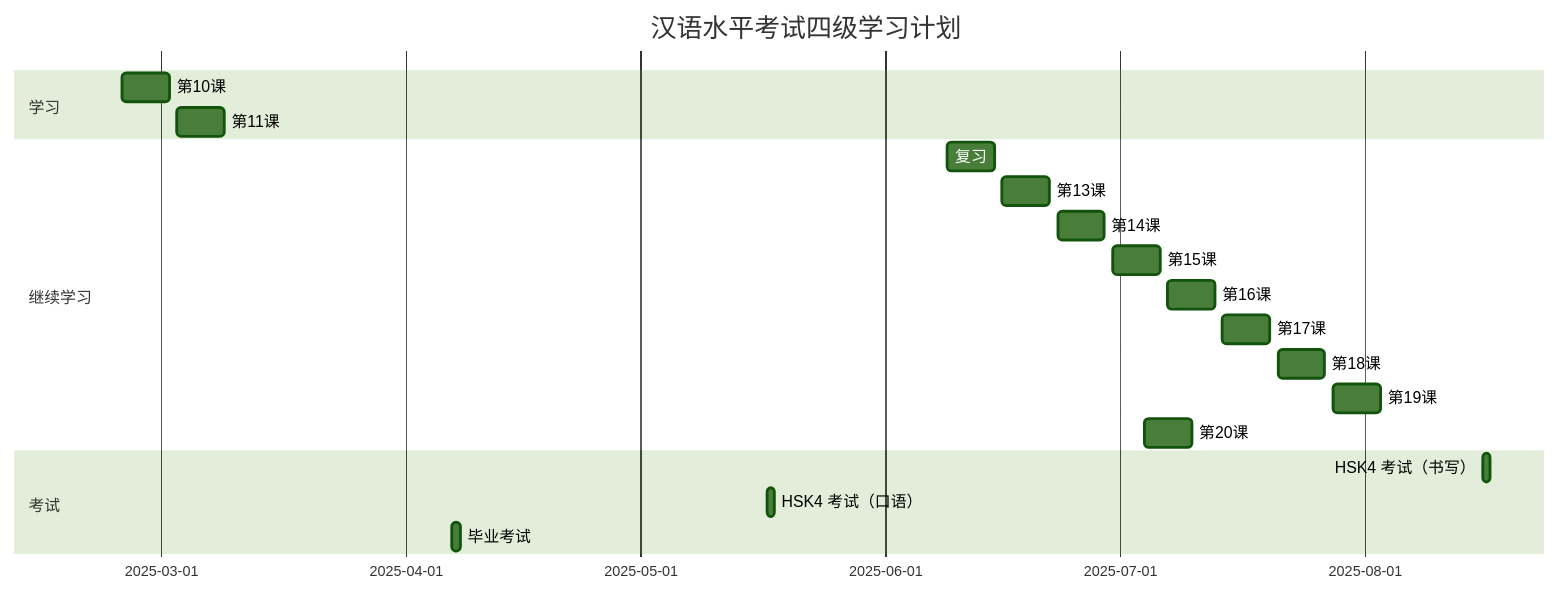
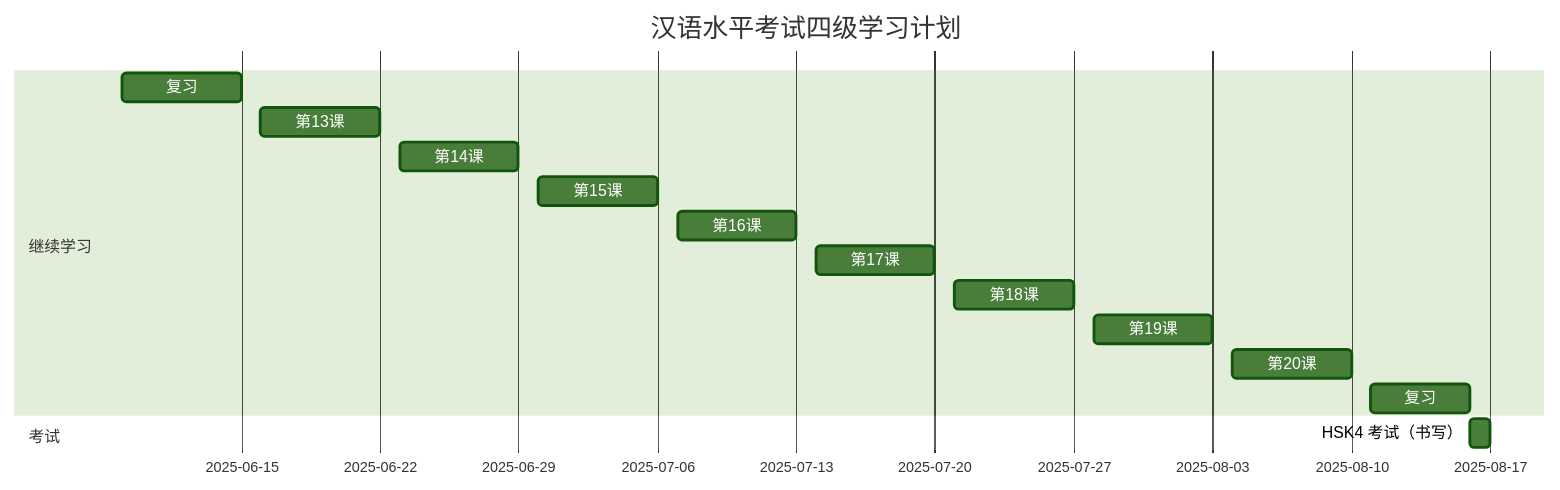
One commit to MoisesAdame/obsidian-notes changed the diagram in Chinese/HSK4/HSK4计划.md. Above: the diagram before and after it, drawn with Mermaid (forest theme). The commit also changed other lines of this file, not shown here.

Commit message:
vault backup: 2025-06-06 23:02:34

````diff
--- a/Chinese/HSK4/HSK4计划.md
+++ b/Chinese/HSK4/HSK4计划.md
@@ -8,24 +7,20 @@
 ```mermaid
 gantt
     title 汉语水平考试四级学习计划
     dateFormat YYYY-MM-DD
-    section 学习
-    第10课 : 2025-02-24, 2025-03-02
-    第11课 : 2025-03-03, 2025-03-09
     
     section 继续学习
 	复习   : 2025-06-09, 2025-06-15
     第13课 : 2025-06-16, 2025-06-22
     第14课 : 2025-06-23, 2025-06-29
     第15课 : 2025-06-30, 2025-07-06
     第16课 : 2025-07-07, 2025-07-13
     第17课 : 2025-07-14, 2025-07-20
     第18课 : 2025-07-21, 2025-07-27
     第19课 : 2025-07-28, 2025-08-03
-    第20课 : 2025-07-04, 2025-07-10
+    第20课 : 2025-08-04, 2025-08-10
+    复习   : 2025-08-11, 2025-08-16
     
 	section 考试
     HSK4 考试（书写） : 2025-08-16, 2025-08-17
-    HSK4 考试（口语） : 2025-05-17, 2025-05-18
-    毕业考试 : 2025-04-07, 2025-04-08
 ```
````
